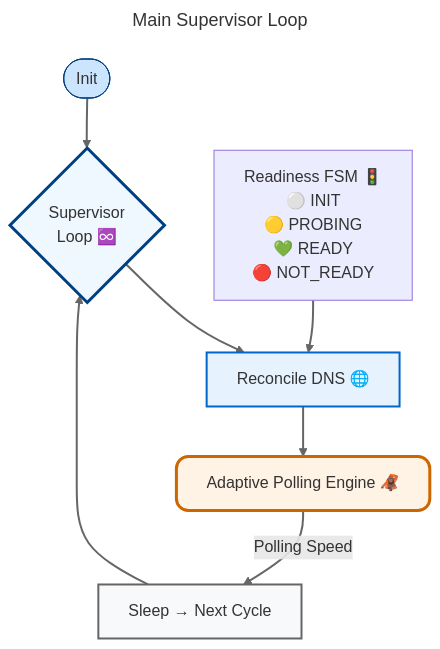
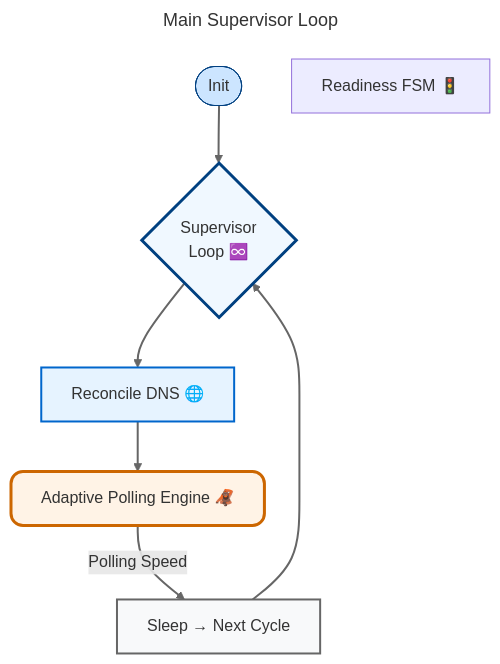
The first of 3 diagrams in docs/CONTROL_LOOP.md (bkaewell/cloudflare-verified-ddns), drawn with Mermaid before and after one commit.

Commit message:
Minor updates

````diff
--- a/docs/CONTROL_LOOP.md
+++ b/docs/CONTROL_LOOP.md
@@ -21,31 +21,33 @@
 ```mermaid
 ---
 title: Main Supervisor Loop
 config:
    look: classic
    theme: 'default'
 ---
 graph TD
     Start([Init]) --> Loop{Supervisor<br>Loop ♾️}
 
     Loop --> Update[Reconcile DNS 🌐]
 
-    Readiness["Readiness FSM 🚦<br/>⚪ INIT<br/>🟡 PROBING<br/>💚 READY<br/>🔴 NOT_READY"] --> Update
+    Readiness[Readiness FSM 🚦]
+    
+    %%<br/>⚪ INIT<br/>🟡 PROBING<br/>💚 READY<br/>🔴 NOT_READY"] --> Update
 
     Update --> Poll[Adaptive Polling Engine 🦧]
 
     Poll -->  |"Polling Speed"| Sleep[Sleep → Next Cycle]
 
     Sleep -->  Loop
 
     %% Readiness --> Poll
 
     %% Visual highlights
     style Poll fill:#fff3e6,stroke:#cc6600,stroke-width:3px,rx:12,ry:12
     style Loop fill:#f0f8ff,stroke:#004080,stroke-width:3px,rx:12,ry:12
     style Update fill:#e6f3ff,stroke:#0066cc,stroke-width:2px
     style Start fill:#cce5ff,stroke:#004080,rx:12,ry:12
     style Sleep fill:#f8f9fa,stroke:#666,stroke-width:2px
 
     linkStyle default stroke:#666,stroke-width:2px
 ```
````
